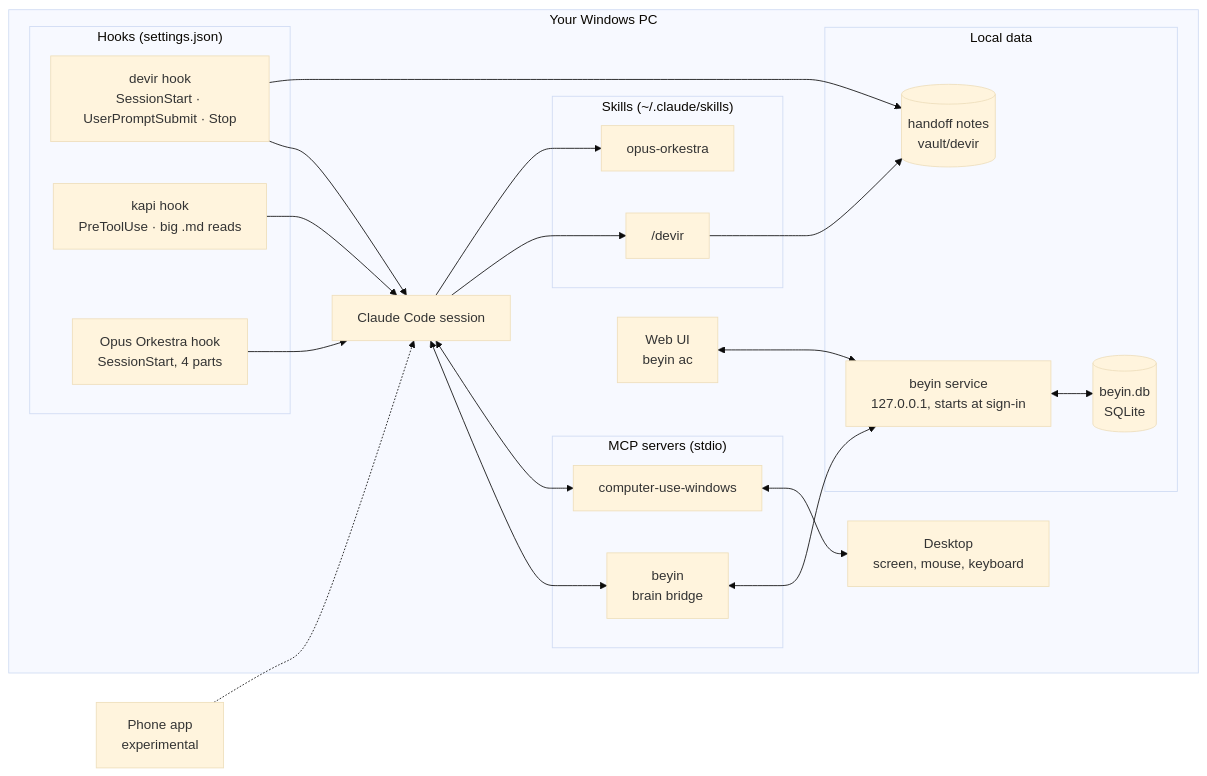
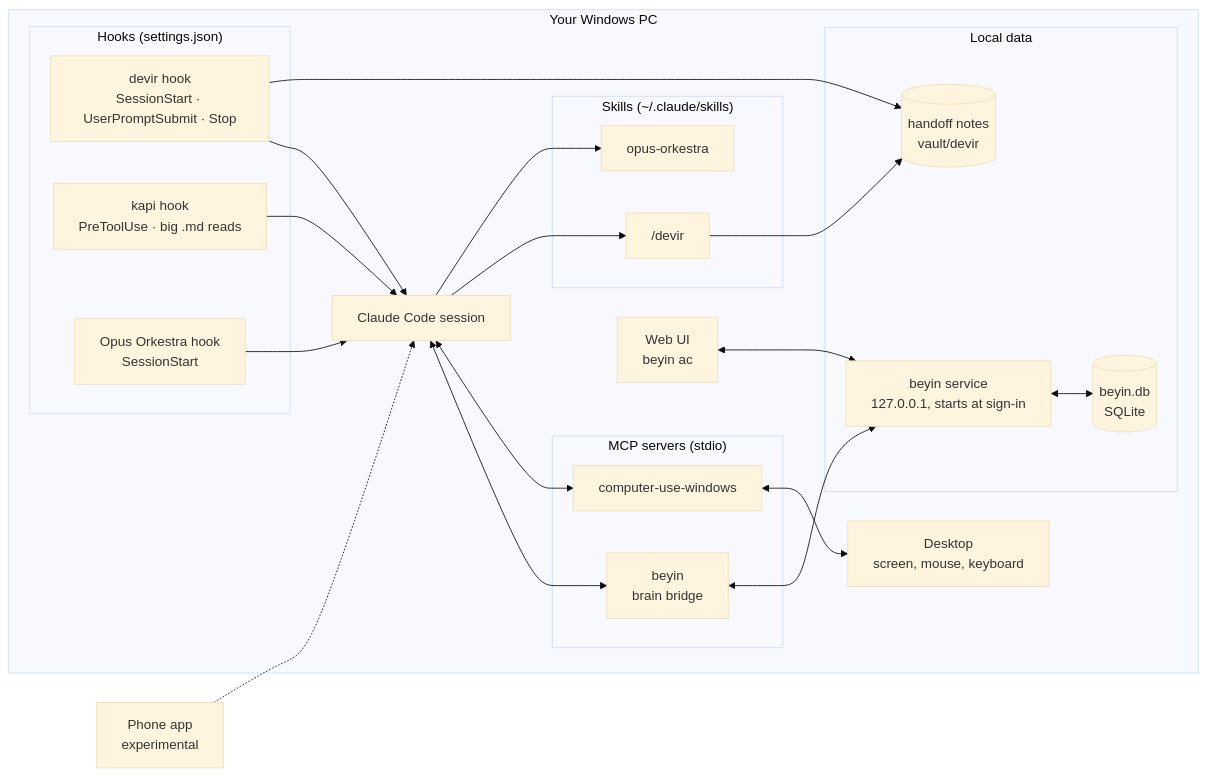
Before and after one commit to SelmanBoray/eren-kit: the diagram in README.md, drawn with Mermaid (base theme). The commit also changed other lines of this file and 5 other files, not shown here.

````diff
--- a/README.md
+++ b/README.md
@@ -54,48 +165,48 @@
 ```mermaid
 flowchart LR
     subgraph PC["Your Windows PC"]
         CC["Claude Code session"]
 
         subgraph MCP["MCP servers (stdio)"]
             BMCP["beyin<br/>brain bridge"]
             CUW["computer-use-windows"]
         end
 
         subgraph HOOKS["Hooks (settings.json)"]
             HD["devir hook<br/>SessionStart · UserPromptSubmit · Stop"]
             HK["kapi hook<br/>PreToolUse · big .md reads"]
-            HO["Opus Orkestra hook<br/>SessionStart, 4 parts"]
+            HO["Opus Orkestra hook<br/>SessionStart"]
         end
 
         subgraph SKILLS["Skills (~/.claude/skills)"]
             SD["/devir"]
             SO["opus-orkestra"]
         end
 
         subgraph DATA["Local data"]
             SVC["beyin service<br/>127.0.0.1, starts at sign-in"]
             DB[("beyin.db<br/>SQLite")]
             NOTES[("handoff notes<br/>vault/devir")]
         end
 
         WEB["Web UI<br/>beyin ac"]
         DESK["Desktop<br/>screen, mouse, keyboard"]
     end
 
     PHONE["Phone app<br/>experimental"]
 
     CC <--> BMCP
     CC <--> CUW
     HD --> CC
     HK --> CC
     HO --> CC
     CC --> SD
     CC --> SO
     BMCP <--> SVC
     SVC <--> DB
     WEB <--> SVC
     HD --> NOTES
     SD --> NOTES
     CUW <--> DESK
     PHONE -.-> CC
 ```
````
